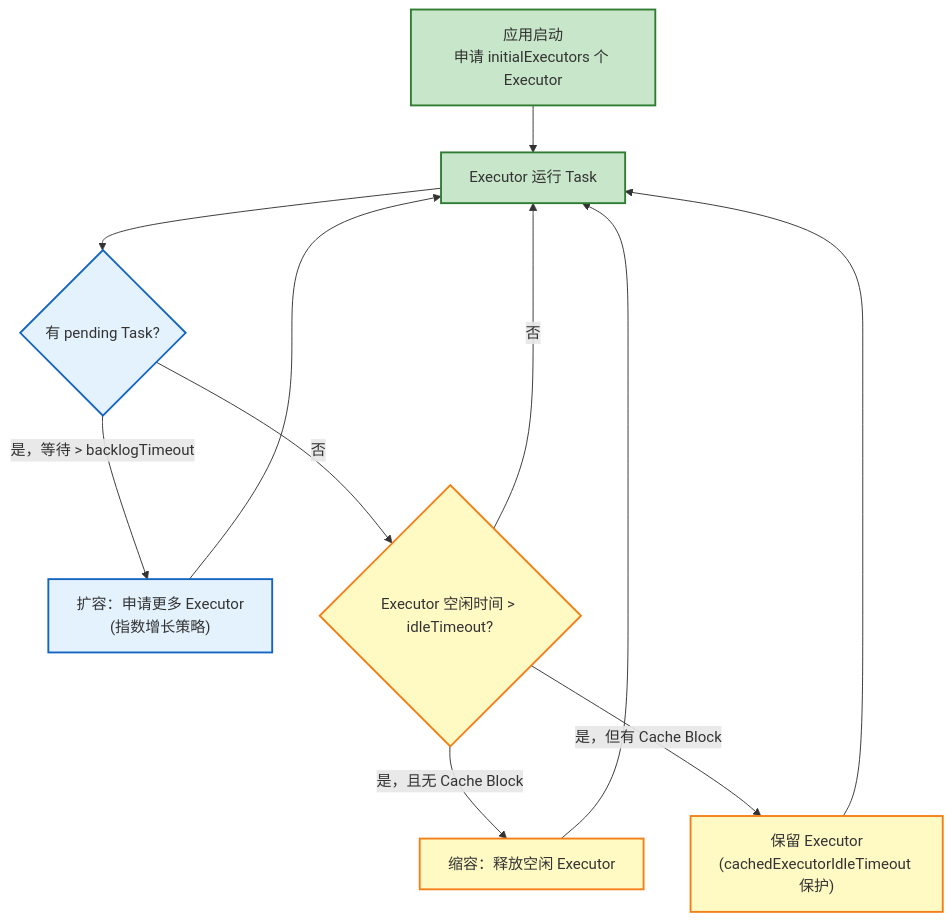
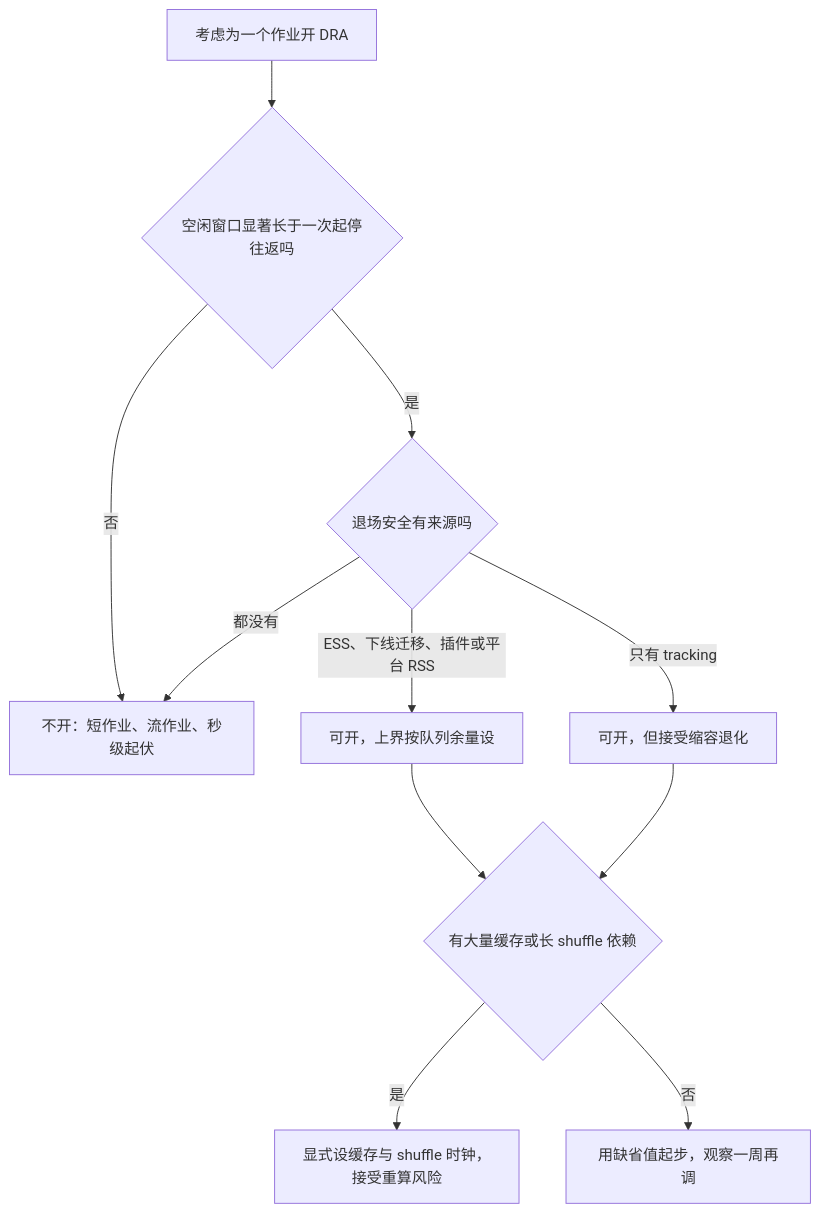
Before and after one commit to hpliStartAgain/my-brain: the sixth of 6 diagrams in content/大数据/Spark/Spark-调度系统与执行模型深度解析/10 动态资源申请（Dynamic Resource Allocation）：弹性计算的资源调度逻辑.md, drawn with Mermaid. The commit also changed other lines of this file and 259 other files, not shown here.

````diff
--- a/content/大数据/Spark/Spark-调度系统与执行模型深度解析/10 动态资源申请（Dynamic Resource Allocation）：弹性计算的资源调度逻辑.md
+++ b/content/大数据/Spark/Spark-调度系统与执行模型深度解析/10 动态资源申请（Dynamic Resource Allocation）：弹性计算的资源调度逻辑.md
@@ -111,20 +385,14 @@
 ```mermaid
-graph TD
-    A["应用启动</br>申请 initialExecutors 个 Executor"] --> B["Executor 运行 Task"]
-    B --> C{"有 pending Task?"}
-    C -- "是，等待 > backlogTimeout" --> D["扩容：申请更多 Executor</br>(指数增长策略)"]
-    D --> B
-    C -- "否" --> E{"Executor 空闲时间 > idleTimeout?"}
-    E -- "否" --> B
-    E -- "是，且无 Cache Block" --> F["缩容：释放空闲 Executor"]
-    F --> B
-    E -- "是，但有 Cache Block" --> G["保留 Executor</br>(cachedExecutorIdleTimeout 保护)"]
-    G --> B
-
-    classDef running fill:#c8e6c9,stroke:#2e7d32,stroke-width:2px;
-    classDef scale fill:#e3f2fd,stroke:#1565c0,stroke-width:2px;
-    classDef idle fill:#fff9c4,stroke:#f57f17,stroke-width:2px;
-    class A,B running;
-    class C,D scale;
-    class E,F,G idle;
+%%{init: {'theme': 'dracula'}}%%
+flowchart TD
+    A["考虑为一个作业开 DRA"] --> B{"空闲窗口显著长于一次起停往返吗"}
+    B -- "否" --> X["不开：短作业、流作业、秒级起伏"]
+    B -- "是" --> C{"退场安全有来源吗"}
+    C -- "ESS、下线迁移、插件或平台 RSS" --> D["可开，上界按队列余量设"]
+    C -- "只有 tracking" --> E["可开，但接受缩容退化"]
+    C -- "都没有" --> X
+    D --> F{"有大量缓存或长 shuffle 依赖"}
+    E --> F
+    F -- "是" --> G["显式设缓存与 shuffle 时钟，接受重算风险"]
+    F -- "否" --> H["用缺省值起步，观察一周再调"]
 ```
````
